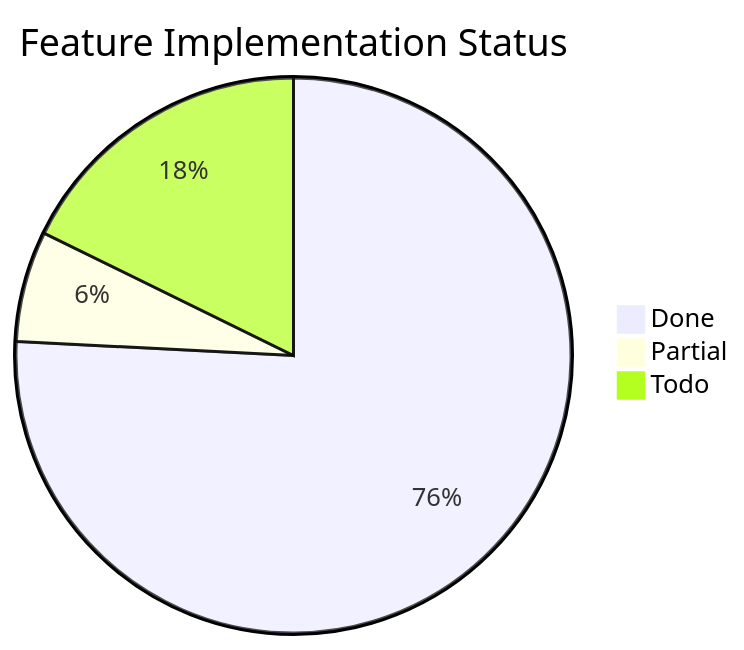
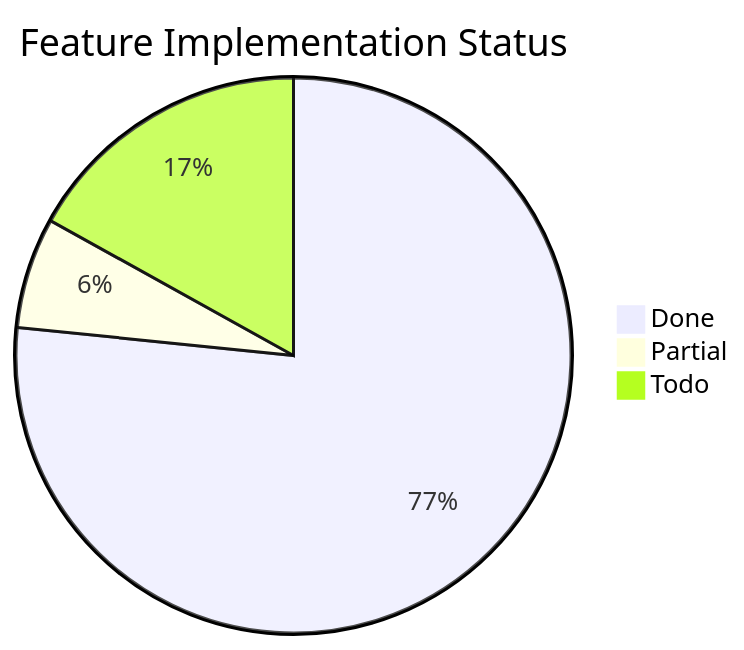
One commit to Papyrine/Morph changed the third of 3 diagrams in docs/word-features.md. Above: the diagram before and after it, drawn with Mermaid. The commit also changed other lines of this file and 16 other files, not shown here.

````diff
--- a/docs/word-features.md
+++ b/docs/word-features.md
@@ -1885,6 +1889,6 @@
 ```mermaid
 pie title Feature Implementation Status
-    "Done" : 94
+    "Done" : 95
     "Partial" : 8
-    "Todo" : 22
+    "Todo" : 21
 ```
````
